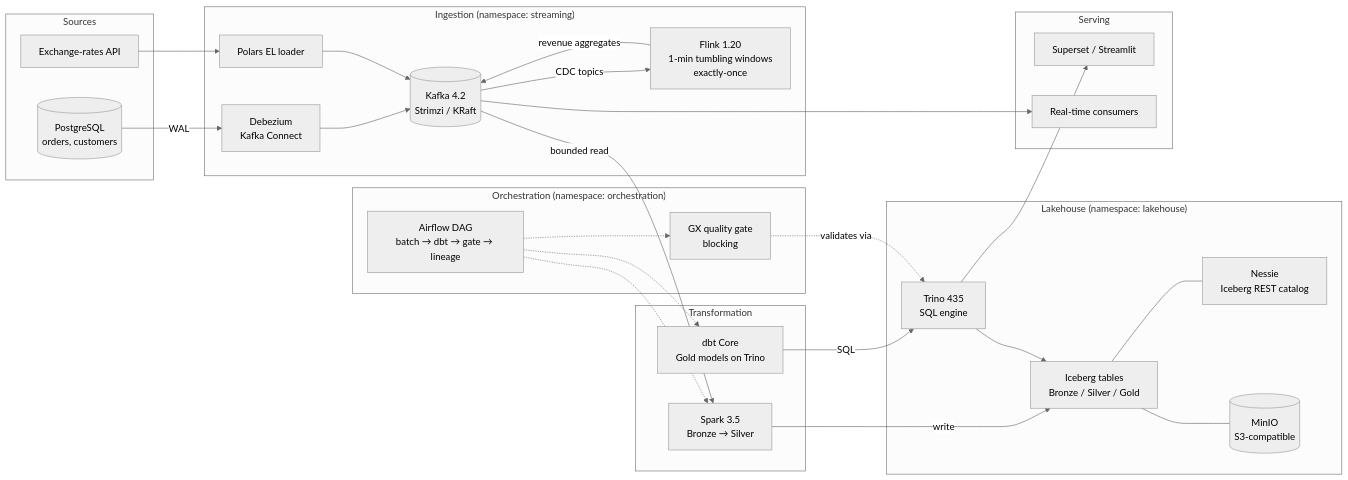
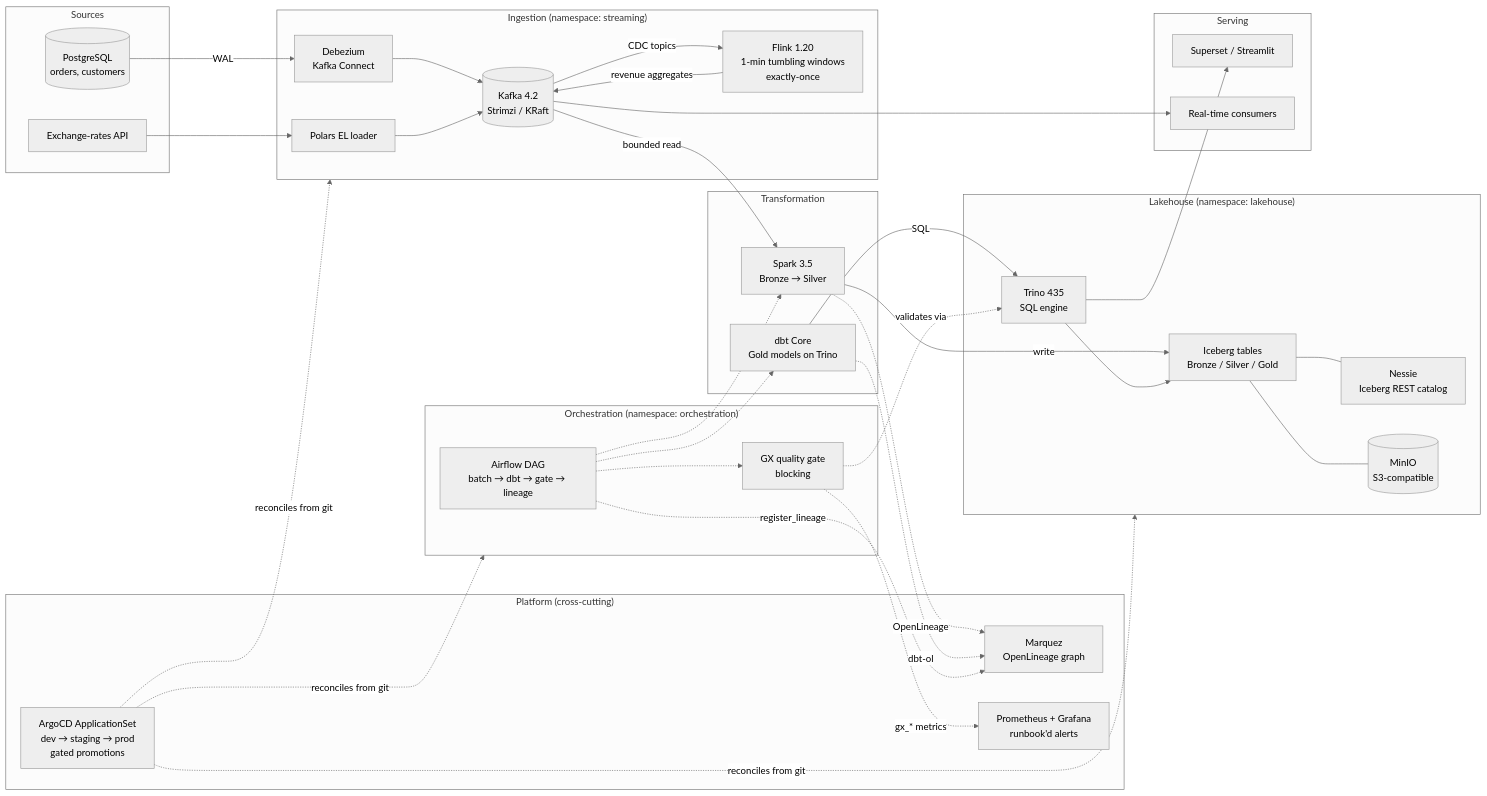
The first of 2 diagrams in README.md (yvan-ai/real-time-lakehouse), drawn with Mermaid (neutral theme) before and after one commit. The commit also changed other lines of this file, not shown here.

Commit message:
docs(readme): architecture diagram catches up with the platform
The main diagram still showed the pre-lineage, pre-GitOps world. Add the
cross-cutting Platform band - Marquez (OpenLineage edges from Spark, dbt
and the DAG), Prometheus/Grafana (gate metrics), and the ArgoCD
ApplicationSet reconciling ingestion/lakehouse/orchestration from git -
plus a third path bullet pointing at the control-plane diagram.

````diff
--- a/README.md
+++ b/README.md
@@ -28,53 +28,65 @@
 ```mermaid
 flowchart LR
     subgraph Sources
         PG[(PostgreSQL<br/>orders, customers)]
         FX[Exchange-rates API]
     end
 
     subgraph Ingestion["Ingestion (namespace: streaming)"]
         DBZ[Debezium<br/>Kafka Connect]
         PL[Polars EL loader]
         K[(Kafka 4.2<br/>Strimzi / KRaft)]
         FL[Flink 1.20<br/>1-min tumbling windows<br/>exactly-once]
     end
 
     subgraph Transform["Transformation"]
         SP[Spark 3.5<br/>Bronze → Silver]
         DBT[dbt Core<br/>Gold models on Trino]
     end
 
     subgraph Lakehouse["Lakehouse (namespace: lakehouse)"]
         NS[Nessie<br/>Iceberg REST catalog]
         MINIO[(MinIO<br/>S3-compatible)]
         ICE[Iceberg tables<br/>Bronze / Silver / Gold]
         TR[Trino 435<br/>SQL engine]
     end
 
     subgraph Orchestration["Orchestration (namespace: orchestration)"]
         AF[Airflow DAG<br/>batch → dbt → gate → lineage]
         GX[GX quality gate<br/>blocking]
     end
 
     subgraph Serving
         BI[Superset / Streamlit]
         RT[Real-time consumers]
     end
 
+    subgraph Platform["Platform (cross-cutting)"]
+        MZ[Marquez<br/>OpenLineage graph]
+        MON[Prometheus + Grafana<br/>runbook'd alerts]
+        CD[ArgoCD ApplicationSet<br/>dev → staging → prod<br/>gated promotions]
+    end
+
     PG -- WAL --> DBZ --> K
     FX --> PL --> K
     K -- CDC topics --> FL
     FL -- revenue aggregates --> K
     K -- bounded read --> SP
     SP -- write --> ICE
     DBT -- SQL --> TR
     ICE --- NS
     ICE --- MINIO
     TR --> ICE
     AF -.-> SP
     AF -.-> DBT
     AF -.-> GX
     GX -. validates via .-> TR
     TR --> BI
     K --> RT
+
+    SP -. OpenLineage .-> MZ
+    DBT -. dbt-ol .-> MZ
+    AF -. register_lineage .-> MZ
+    GX -. gx_* metrics .-> MON
+    CD -. reconciles from git .-> Ingestion & Lakehouse & Orchestration
 ```
````
